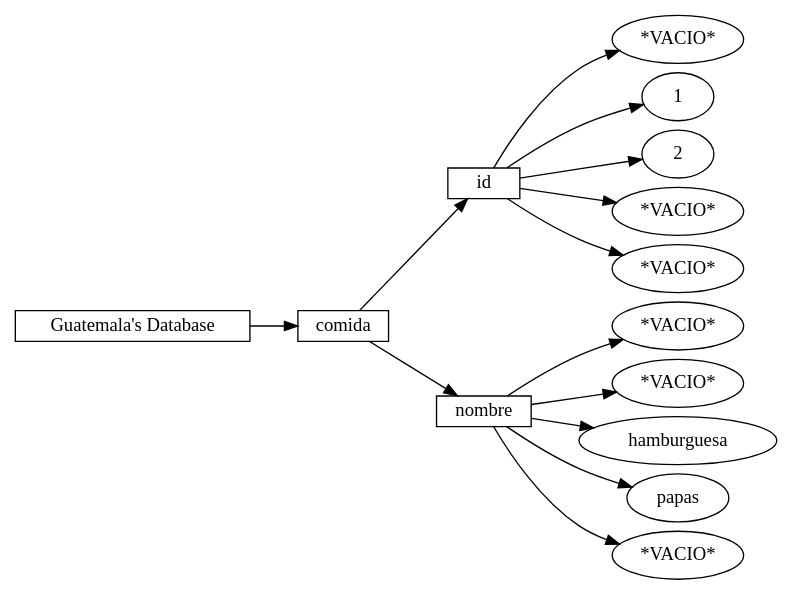
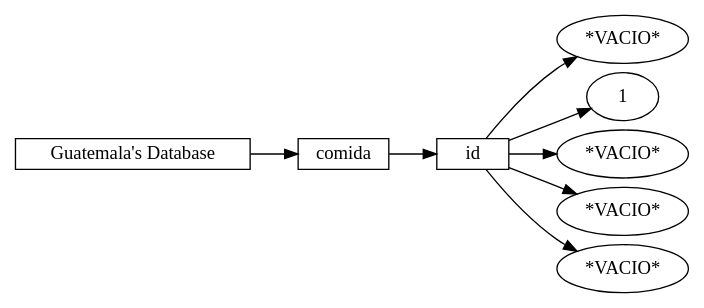
The diagram in Docs/Grafico.dot (Fxhnd13/EstructuraDeDatos_Proyecto_2), drawn with Graphviz before and after one commit. The commit also changed 6 other files, not shown here.

```diff
--- a/Docs/Grafico.dot
+++ b/Docs/Grafico.dot
@@ -1,31 +1,19 @@
 digraph G {
      nodesep=.1;
      rankdir=LR;
      node0 [label="Guatemala's Database", shape=record, height=.1];
      node0 -> node1;
      node1 [label="comida", shape=record, height=.1];
      node1 -> node2;
      node2 [label="id", shape=record, height=.1];
      node2 -> node3;
      node3 [label="*VACIO*"];
      node2 -> node4;
      node4 [label="1"];
      node2 -> node5;
-     node5 [label="2"];
+     node5 [label="*VACIO*"];
      node2 -> node6;
      node6 [label="*VACIO*"];
      node2 -> node7;
      node7 [label="*VACIO*"];
-     node1 -> node8;
-     node8 [label="nombre", shape=record, height=.1];
-     node8 -> node9;
-     node9 [label="*VACIO*"];
-     node8 -> node10;
-     node10 [label="*VACIO*"];
-     node8 -> node11;
-     node11 [label="hamburguesa"];
-     node8 -> node12;
-     node12 [label="papas"];
-     node8 -> node13;
-     node13 [label="*VACIO*"];
 }
```
